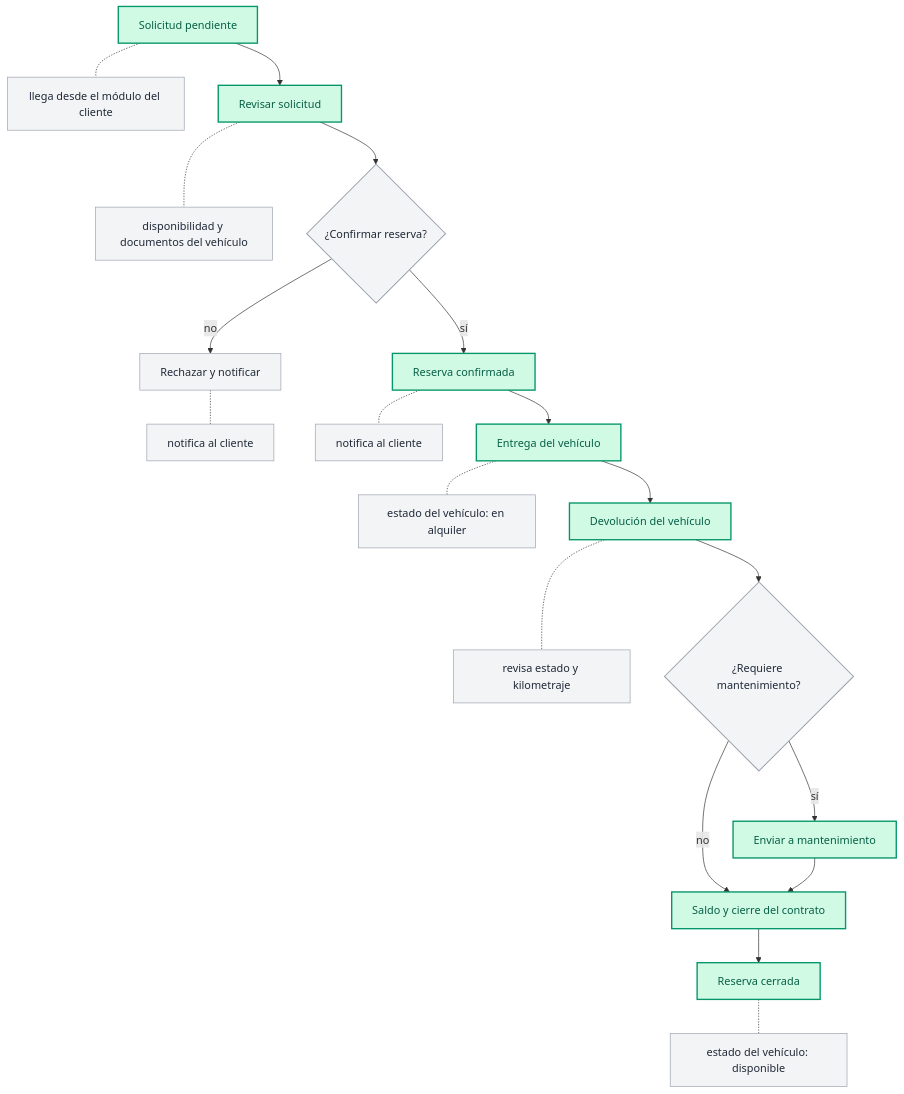
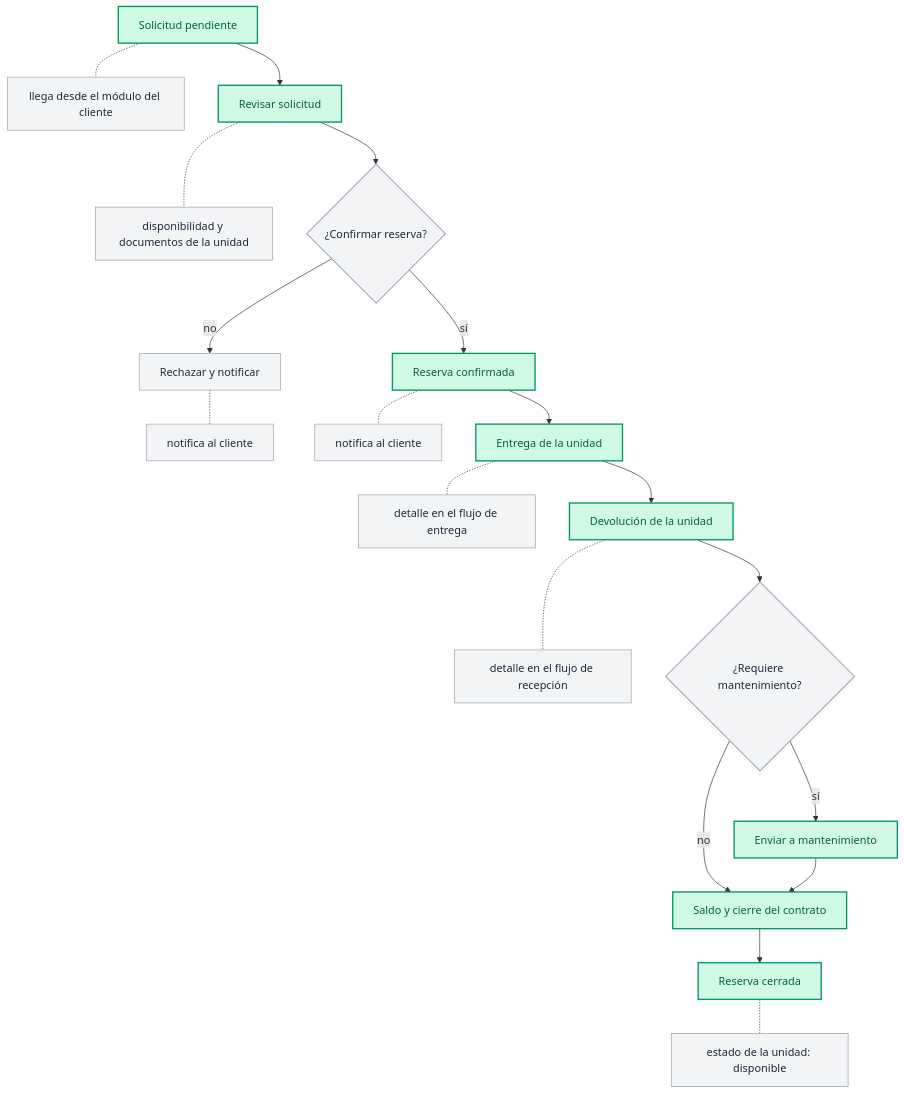
Before and after one commit to SantiagoPrada2005/flotax: the ninth of 16 diagrams in docs/user-flows.md, drawn with Mermaid. The commit also changed other lines of this file and 72 other files, not shown here.

````diff
--- a/docs/user-flows.md
+++ b/docs/user-flows.md
@@ -135,55 +357,55 @@
 ```mermaid
 flowchart TD
     classDef mainScreen fill:#d1fae5,stroke:#059669,stroke-width:2px,color:#065f46;
     classDef subScreen fill:#f3f4f6,stroke:#9ca3af,stroke-width:1px,color:#1f2937;
     classDef decision fill:#f3f4f6,stroke:#9ca3af,stroke-width:1.5px,color:#1f2937;
 
     solicitud["Solicitud pendiente"]:::mainScreen
     sol_nota["llega desde el módulo del cliente"]:::subScreen
     solicitud -.- sol_nota
 
     revisar["Revisar solicitud"]:::mainScreen
-    rev_nota["disponibilidad y documentos del vehículo"]:::subScreen
+    rev_nota["disponibilidad y documentos de la unidad"]:::subScreen
     revisar -.- rev_nota
 
-    confirmar_decision{"¿Confirmar reserva?"}:::decision
+    chk_conf{"¿Confirmar reserva?"}:::decision
 
     rechazar["Rechazar y notificar"]:::subScreen
     rech_nota["notifica al cliente"]:::subScreen
     rechazar -.- rech_nota
 
     confirmada["Reserva confirmada"]:::mainScreen
     conf_nota["notifica al cliente"]:::subScreen
     confirmada -.- conf_nota
 
-    entrega["Entrega del vehículo"]:::mainScreen
-    ent_nota["estado del vehículo: en alquiler"]:::subScreen
+    entrega["Entrega de la unidad"]:::mainScreen
+    ent_nota["detalle en el flujo de entrega"]:::subScreen
     entrega -.- ent_nota
 
-    devolucion["Devolución del vehículo"]:::mainScreen
-    dev_nota["revisa estado y kilometraje"]:::subScreen
+    devolucion["Devolución de la unidad"]:::mainScreen
+    dev_nota["detalle en el flujo de recepción"]:::subScreen
     devolucion -.- dev_nota
 
-    mantenimiento_decision{"¿Requiere mantenimiento?"}:::decision
+    chk_maint{"¿Requiere mantenimiento?"}:::decision
 
     mantenimiento["Enviar a mantenimiento"]:::mainScreen
 
     cierre["Saldo y cierre del contrato"]:::mainScreen
 
     cerrada["Reserva cerrada"]:::mainScreen
-    cer_nota["estado del vehículo: disponible"]:::subScreen
+    cer_nota["estado de la unidad: disponible"]:::subScreen
     cerrada -.- cer_nota
 
     %% Transiciones del ciclo
     solicitud --> revisar
-    revisar --> confirmar_decision
-    confirmar_decision -- no --> rechazar
-    confirmar_decision -- sí --> confirmada
+    revisar --> chk_conf
+    chk_conf -- no --> rechazar
+    chk_conf -- sí --> confirmada
     confirmada --> entrega
     entrega --> devolucion
-    devolucion --> mantenimiento_decision
-    mantenimiento_decision -- sí --> mantenimiento
-    mantenimiento_decision -- no --> cierre
+    devolucion --> chk_maint
+    chk_maint -- sí --> mantenimiento
+    chk_maint -- no --> cierre
     mantenimiento --> cierre
     cierre --> cerrada
 ```
````
